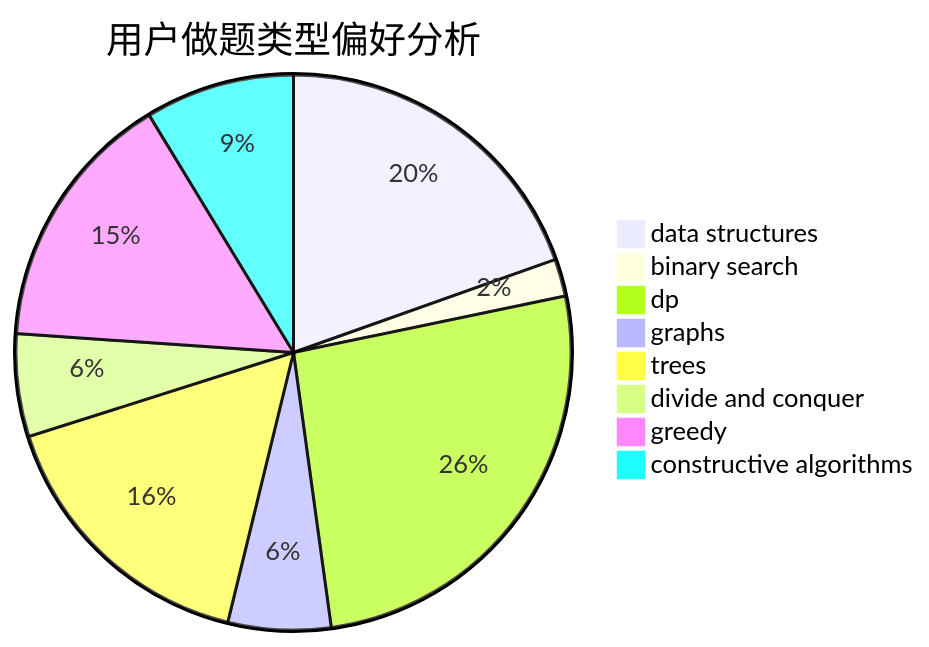
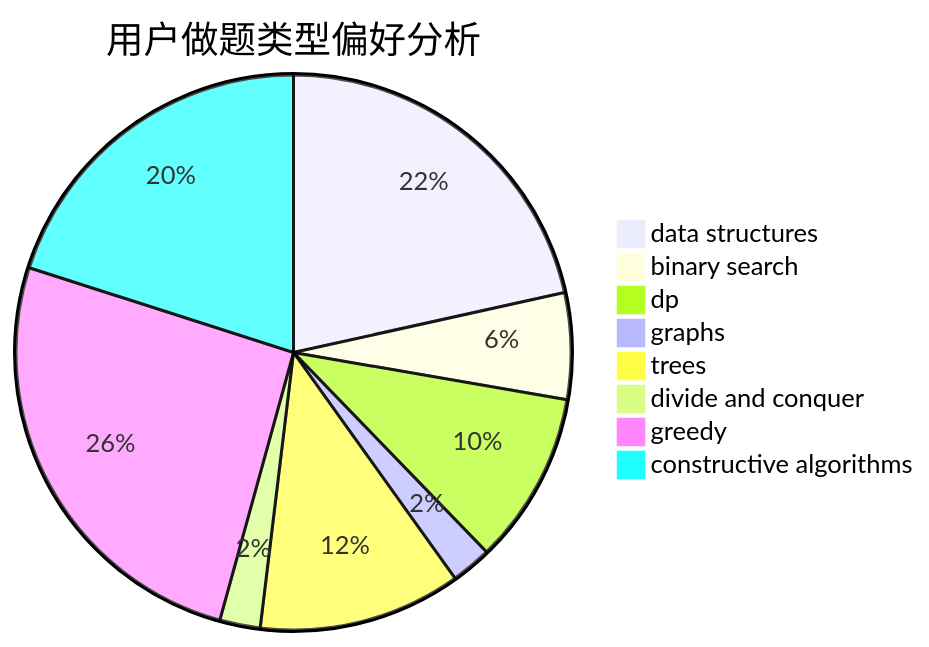
The second of 3 diagrams in docs/user/u526.md (sherpahu/cfrs.github.io), drawn with Mermaid before and after one commit. The commit also changed other lines of this file and 2770 other files, not shown here.

````diff
--- a/docs/user/u526.md
+++ b/docs/user/u526.md
@@ -23,11 +23,11 @@
 ```mermaid
 pie title 用户做题类型偏好分析
-    "data structures" :  36
-    "binary search" :  4
-    "dp" :  48
-    "graphs" :  11
-    "trees" :  30
-    "divide and conquer" :  11
-    "greedy" :  28
-    "constructive algorithms" :  16
+    "data structures" :  73
+    "binary search" :  21
+    "dp" :  34
+    "graphs" :  8
+    "trees" :  40
+    "divide and conquer" :  8
+    "greedy" :  87
+    "constructive algorithms" :  68
 ```
````
